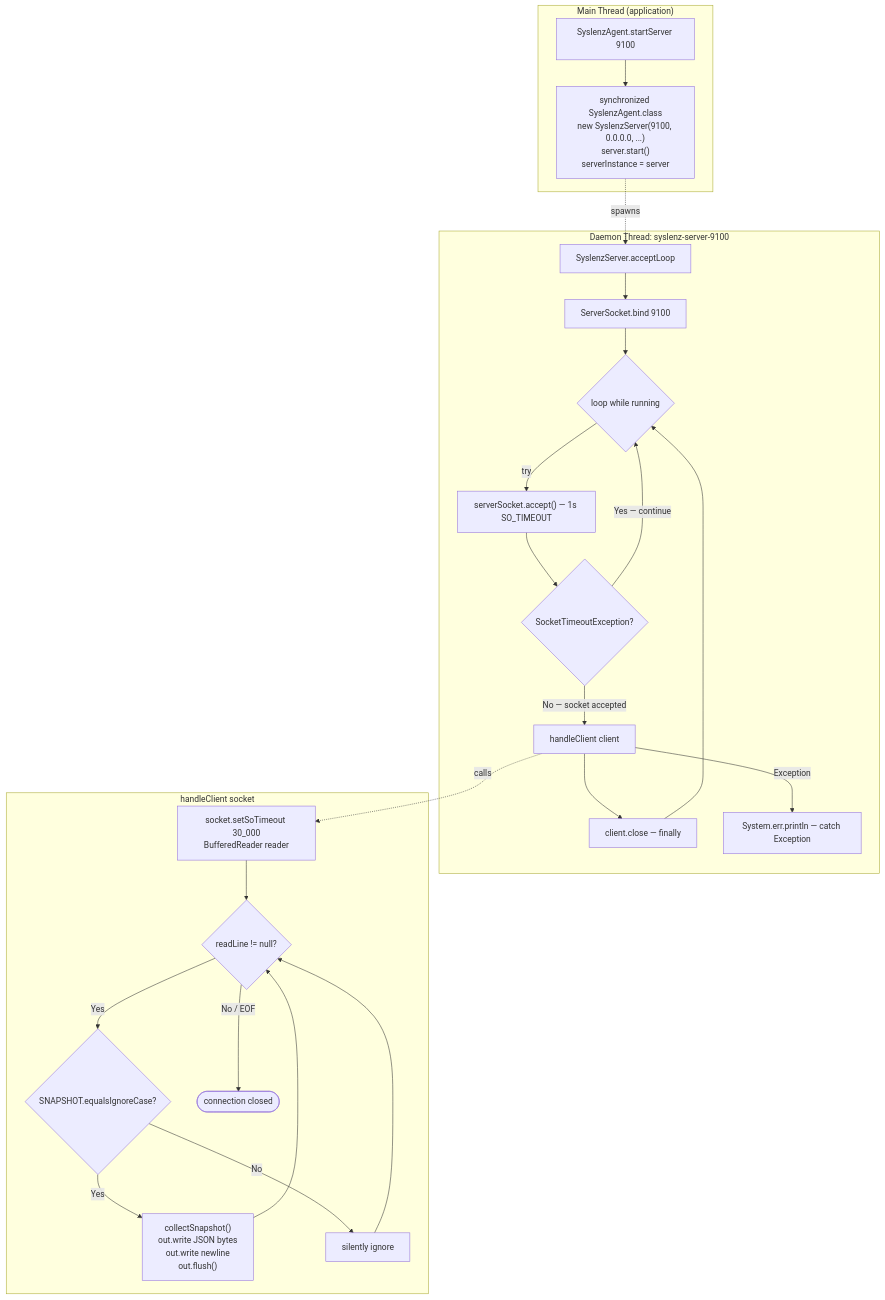
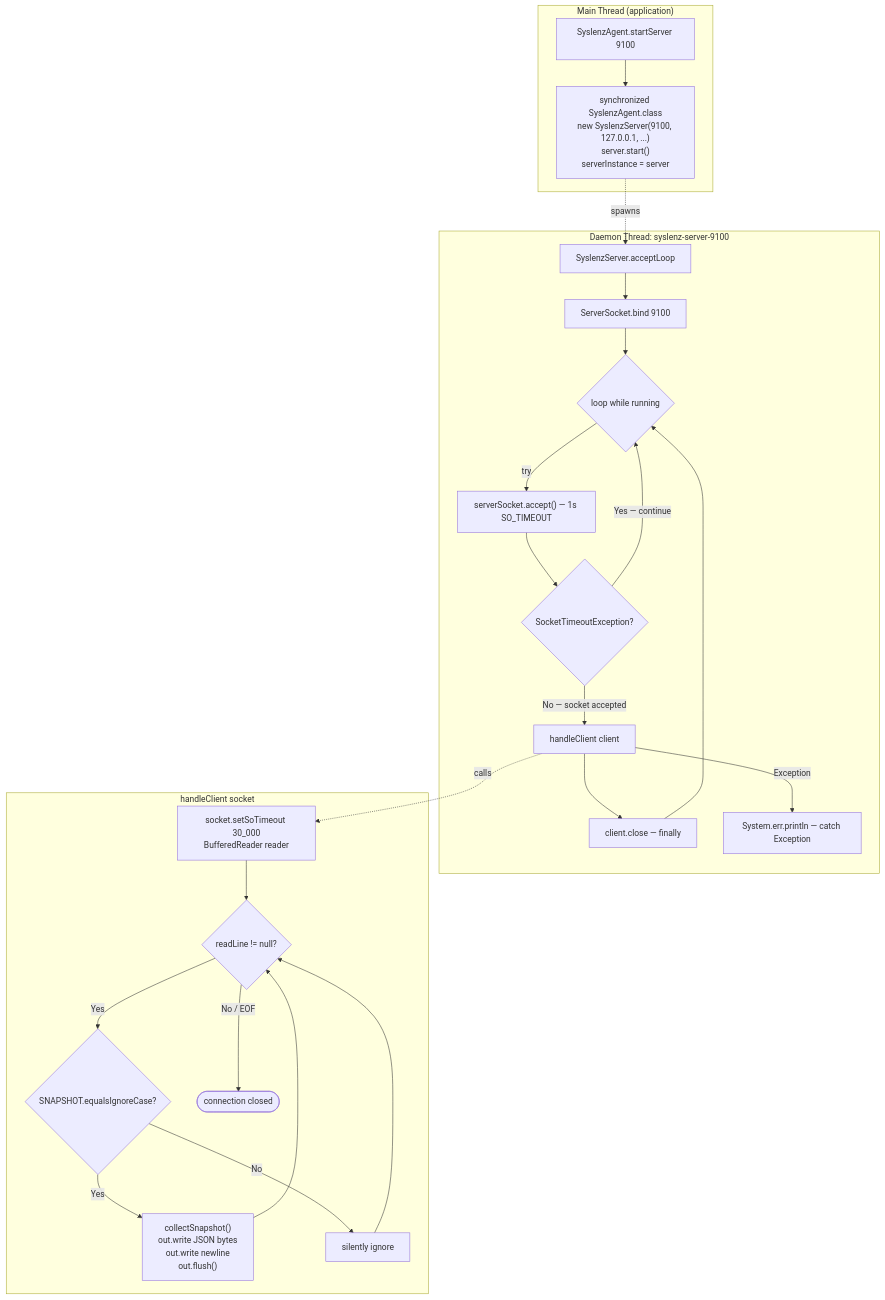
One commit to opaopa6969/syslenz4j changed the fourth of 10 diagrams in spec/SPEC.md. Above: the diagram before and after it, drawn with Mermaid. The commit also changed other lines of this file and 14 other files, not shown here.

````diff
--- a/spec/SPEC.md
+++ b/spec/SPEC.md
@@ -1184,48 +1193,48 @@
 ```mermaid
 flowchart TD
     subgraph MT["Main Thread (application)"]
         MT1[SyslenzAgent.startServer 9100]
-        MT2["synchronized SyslenzAgent.class<br/>new SyslenzServer(9100, 0.0.0.0, ...)<br/>server.start()<br/>serverInstance = server"]
+        MT2["synchronized SyslenzAgent.class<br/>new SyslenzServer(9100, 127.0.0.1, ...)<br/>server.start()<br/>serverInstance = server"]
         MT1 --> MT2
     end
 
     subgraph DT["Daemon Thread: syslenz-server-9100"]
         DT1[SyslenzServer.acceptLoop]
         DT2[ServerSocket.bind 9100]
         DT3{"loop while running"}
         DT4["serverSocket.accept() — 1s SO_TIMEOUT"]
         DT5{SocketTimeoutException?}
         DT6[handleClient client]
         DT7[client.close — finally]
         DT8[System.err.println — catch Exception]
 
         DT1 --> DT2 --> DT3
         DT3 -->|try| DT4
         DT4 --> DT5
         DT5 -->|Yes — continue| DT3
         DT5 -->|No — socket accepted| DT6
         DT6 --> DT7
         DT6 -->|Exception| DT8
         DT7 --> DT3
     end
 
     subgraph HC["handleClient socket"]
         HC1["socket.setSoTimeout 30_000<br/>BufferedReader reader"]
         HC2{readLine != null?}
         HC3{"SNAPSHOT".equalsIgnoreCase?}
         HC4["collectSnapshot()<br/>out.write JSON bytes<br/>out.write newline<br/>out.flush()"]
         HC5[silently ignore]
         HC6([connection closed])
 
         HC1 --> HC2
         HC2 -->|Yes| HC3
         HC3 -->|Yes| HC4
         HC4 --> HC2
         HC3 -->|No| HC5
         HC5 --> HC2
         HC2 -->|No / EOF| HC6
     end
 
     MT2 -.->|spawns| DT1
     DT6 -.->|calls| HC1
 ```
````
